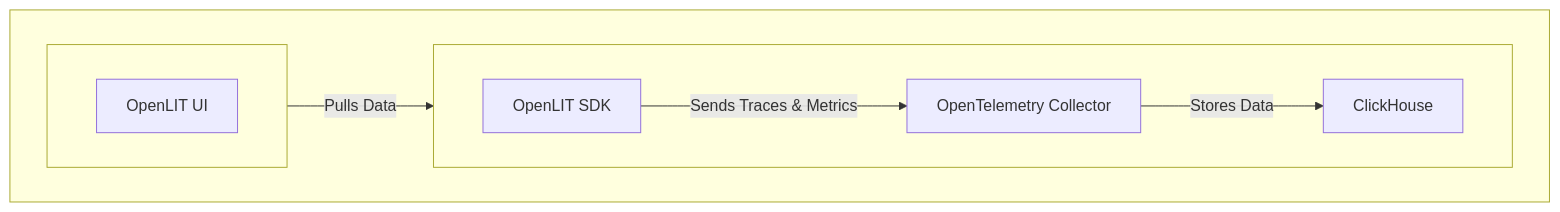
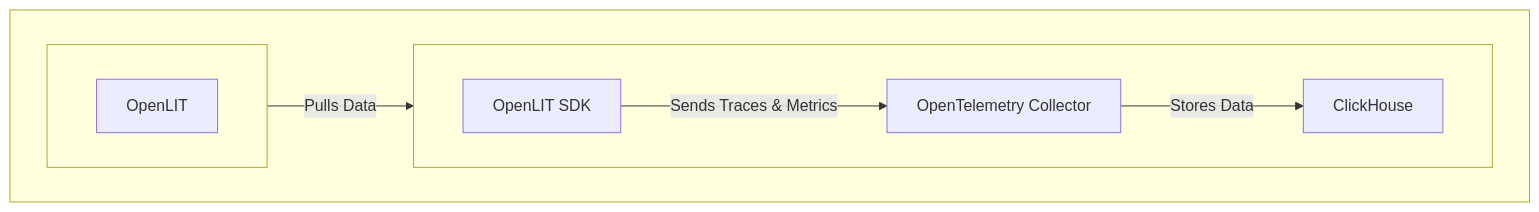
The diagram in README.md (openlit/openlit), drawn with Mermaid before and after one commit. The commit also changed other lines of this file and 10 other files, not shown here.

Commit message:
Change OpenLIT UI To OpenLIT

````diff
--- a/README.md
+++ b/README.md
@@ -39,15 +39,15 @@
 ```mermaid
 flowchart TB;
     subgraph " "
         direction LR;
         subgraph " "
             direction LR;
             OpenLIT_SDK[OpenLIT SDK] -->|Sends Traces & Metrics| OTC[OpenTelemetry Collector];
             OTC -->|Stores Data| ClickHouseDB[ClickHouse];
         end
         subgraph " "
             direction RL;
-            OpenLIT_UI[OpenLIT UI] -->|Pulls Data| ClickHouseDB;
+            OpenLIT[OpenLIT] -->|Pulls Data| ClickHouseDB;
         end
     end
 ```
````
